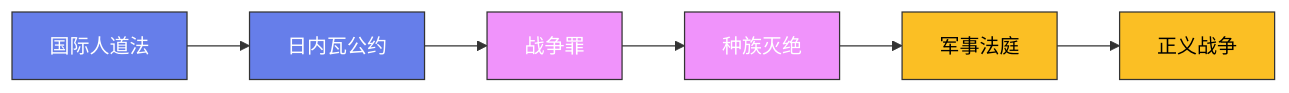
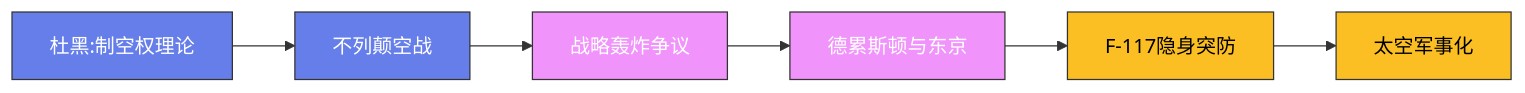
Before and after one commit to Fengur/Fengur.github.io: the diagram in content/posts/ModelCreate/军事史/17-空中力量.md, drawn with Mermaid. The commit also changed 28 other files, not shown here.

````diff
--- a/content/posts/ModelCreate/军事史/17-空中力量.md
+++ b/content/posts/ModelCreate/军事史/17-空中力量.md
@@ -35,16 +35,16 @@
 ```mermaid
 graph LR
-    A["国际人道法"] --> B["日内瓦公约"]
-    B --> C["战争罪"]
-    C --> D["种族灭绝"]
-    D --> E["军事法庭"]
-    E --> F["正义战争"]
+    A["杜黑:制空权理论"] --> B["不列颠空战"]
+    B --> C["战略轰炸争议"]
+    C --> D["德累斯顿与东京"]
+    D --> E["F-117隐身突防"]
+    E --> F["太空军事化"]
 
     classDef early fill:#667eea,stroke:#333,color:white
     classDef mid fill:#f093fb,stroke:#333,color:white
     classDef modern fill:#fbbf24,stroke:#333,color:black
 
     class A,B early
     class C,D mid
     class E,F modern
 ```
````
